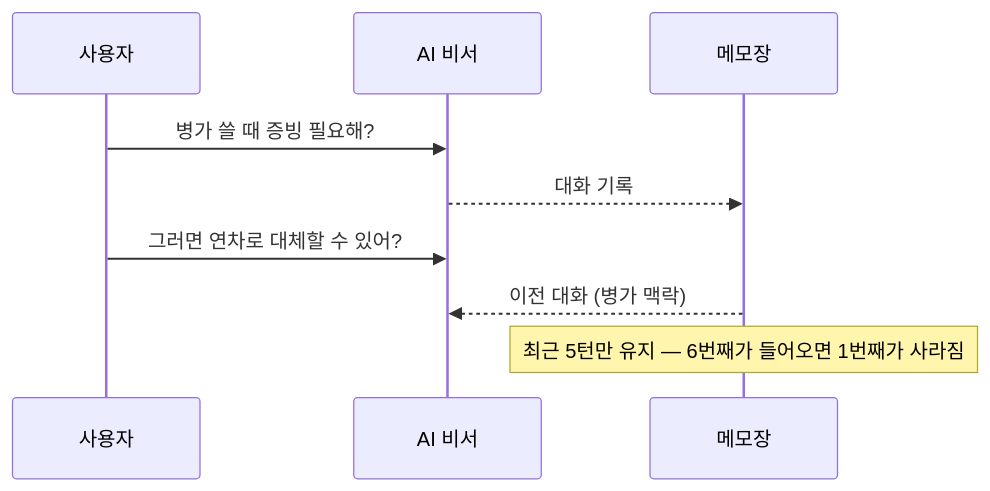
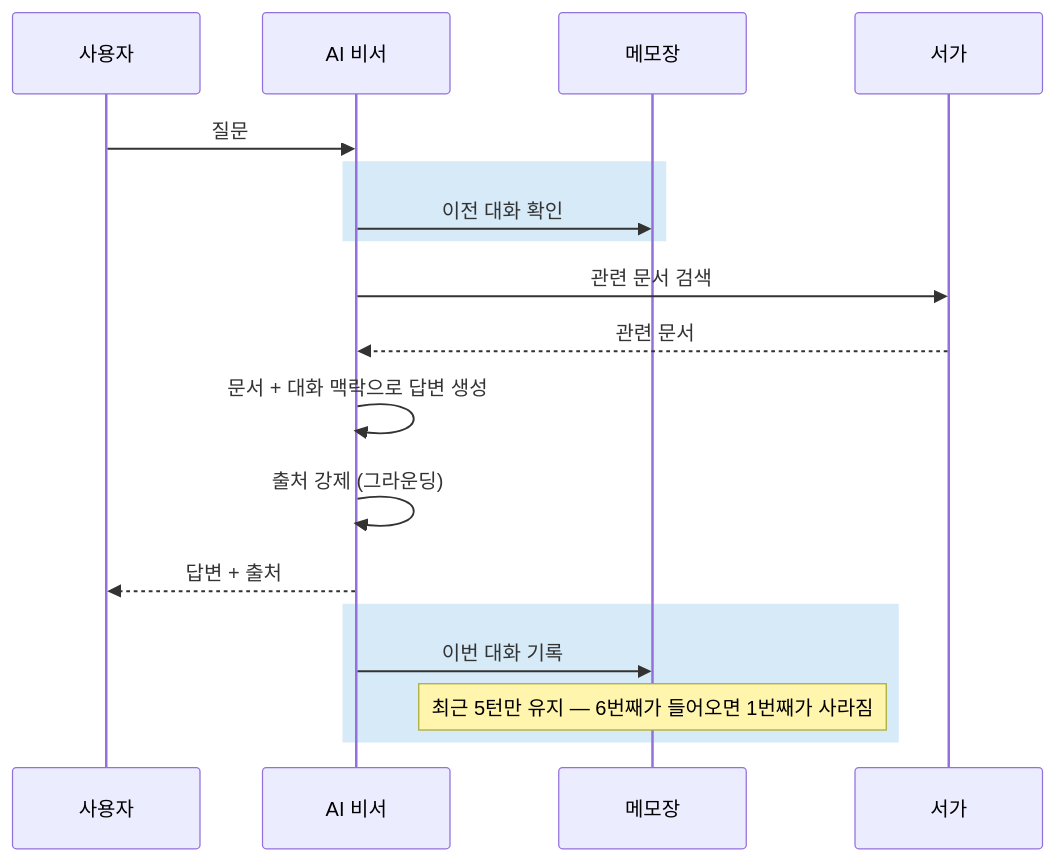
One commit to edu-openskill/lecture-book-workflow changed the fourth of 4 diagrams in projects/사내AI비서_v2/chapters/05-드디어-답해준다.md. Above: the diagram before and after it, drawn with Mermaid. The commit also changed other lines of this file, not shown here.

First line of the commit message:
fix: CH05 다이어그램 — 전체 흐름 통일 + 해당 섹션만 파란색

````diff
--- a/projects/사내AI비서_v2/chapters/05-드디어-답해준다.md
+++ b/projects/사내AI비서_v2/chapters/05-드디어-답해준다.md
@@ -493,8 +493,16 @@
 ```mermaid
 sequenceDiagram
-    사용자->>AI 비서: 병가 쓸 때 증빙 필요해?
-    AI 비서-->>메모장: 대화 기록
-    사용자->>AI 비서: 그러면 연차로 대체할 수 있어?
-    메모장-->>AI 비서: 이전 대화 (병가 맥락)
-    Note over 메모장: 최근 5턴만 유지 — 6번째가 들어오면 1번째가 사라짐
+    사용자->>AI 비서: 질문
+    rect rgb(214, 234, 248)
+        AI 비서->>메모장: 이전 대화 확인
+    end
+    AI 비서->>서가: 관련 문서 검색
+    서가-->>AI 비서: 관련 문서
+    AI 비서->>AI 비서: 문서 + 대화 맥락으로 답변 생성
+    AI 비서->>AI 비서: 출처 강제 (그라운딩)
+    AI 비서-->>사용자: 답변 + 출처
+    rect rgb(214, 234, 248)
+        AI 비서->>메모장: 이번 대화 기록
+        Note over 메모장: 최근 5턴만 유지 — 6번째가 들어오면 1번째가 사라짐
+    end
 ```
````
